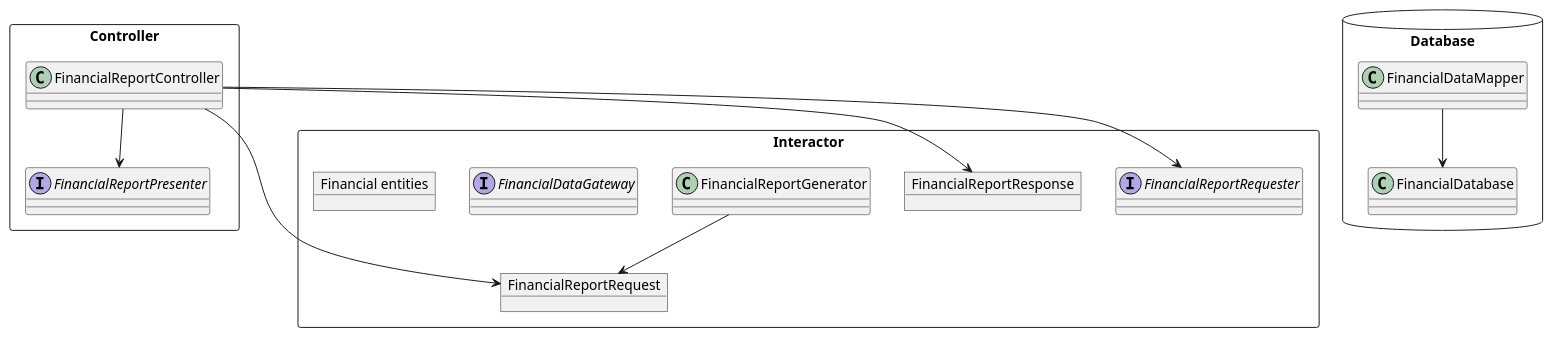
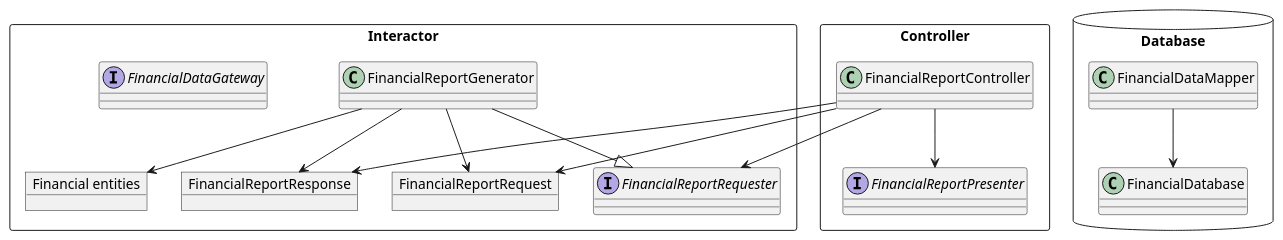
Before and after one commit to huland/logseq-notes: the third of 3 diagrams in pages/Robert C. Martin - Clean Architecture A Craftsman's Guide to Software Structure and Design.md, drawn with PlantUML.

Commit message:
Auto saved by Logseq

```diff
--- a/pages/Robert C. Martin - Clean Architecture A Craftsman's Guide to Software Structure and Design.md
+++ b/pages/Robert C. Martin - Clean Architecture A Craftsman's Guide to Software Structure and Design.md
@@ -203,28 +203,31 @@
 				  @startuml
 				  
 				  rectangle Interactor {
 				    object FinancialReportRequest
 				    interface FinancialReportRequester
 				    object FinancialReportResponse
 				    class FinancialReportGenerator
 				    interface FinancialDataGateway
 				    object "Financial entities" as FinancialEntities
 				  }
 				  
 				  rectangle Controller {
 				    class FinancialReportController 
 				    interface FinancialReportPresenter
 				  }
 				  database Database {
 				    class FinancialDataMapper 
 				    class FinancialDatabase
 				  }
 				  
 				  
 				  FinancialReportController --> FinancialReportPresenter
 				  FinancialReportController --> FinancialReportRequest
 				  FinancialReportController --> FinancialReportRequester
 				  FinancialReportGenerator --> FinancialReportRequest
+				  FinancialReportGenerator --> FinancialEntities
+				  FinancialReportGenerator --> FinancialReportResponse
+				  FinancialReportGenerator --|> FinancialReportRequester
 				  FinancialReportController --> FinancialReportResponse
 				  FinancialDataMapper --> FinancialDatabase
 				  @enduml
```
